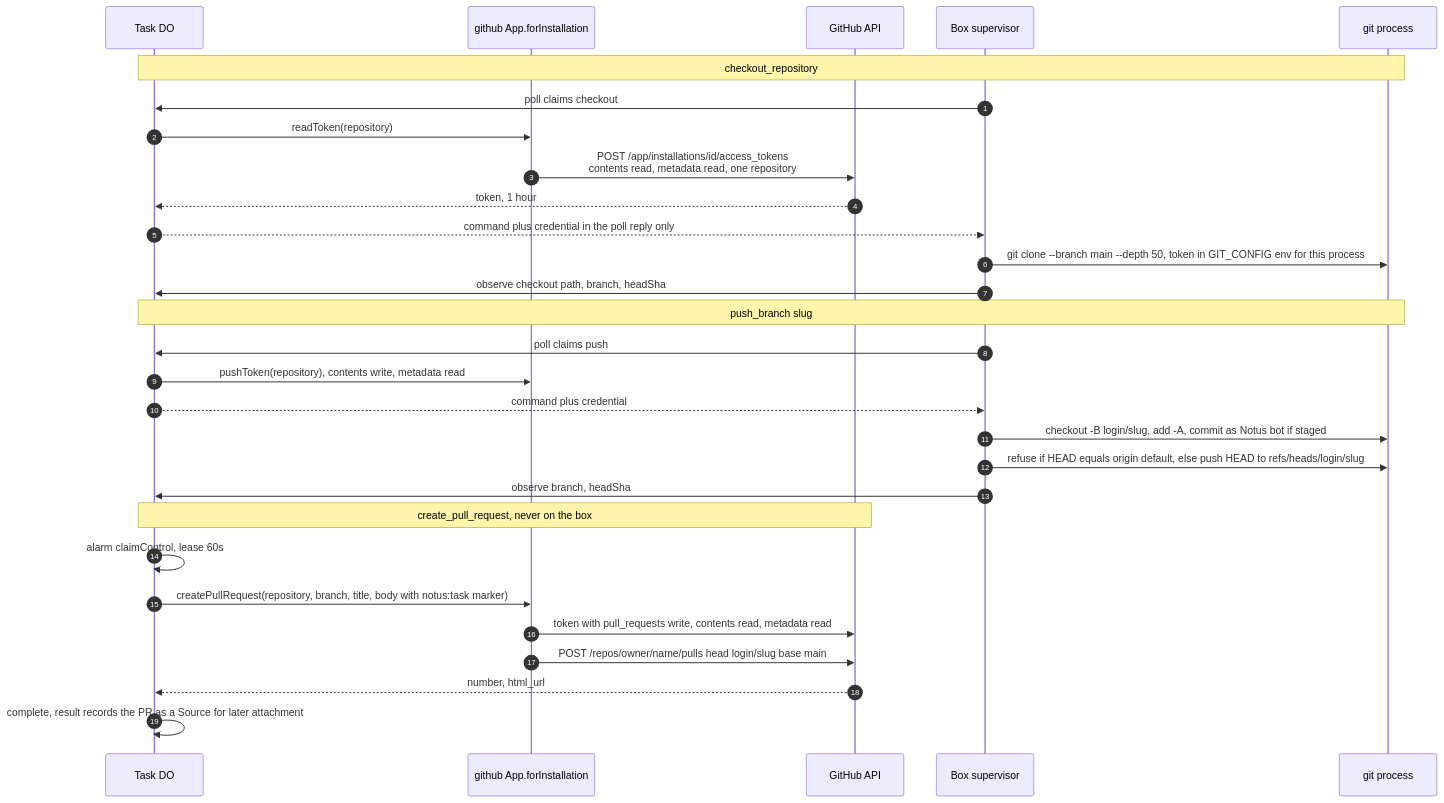
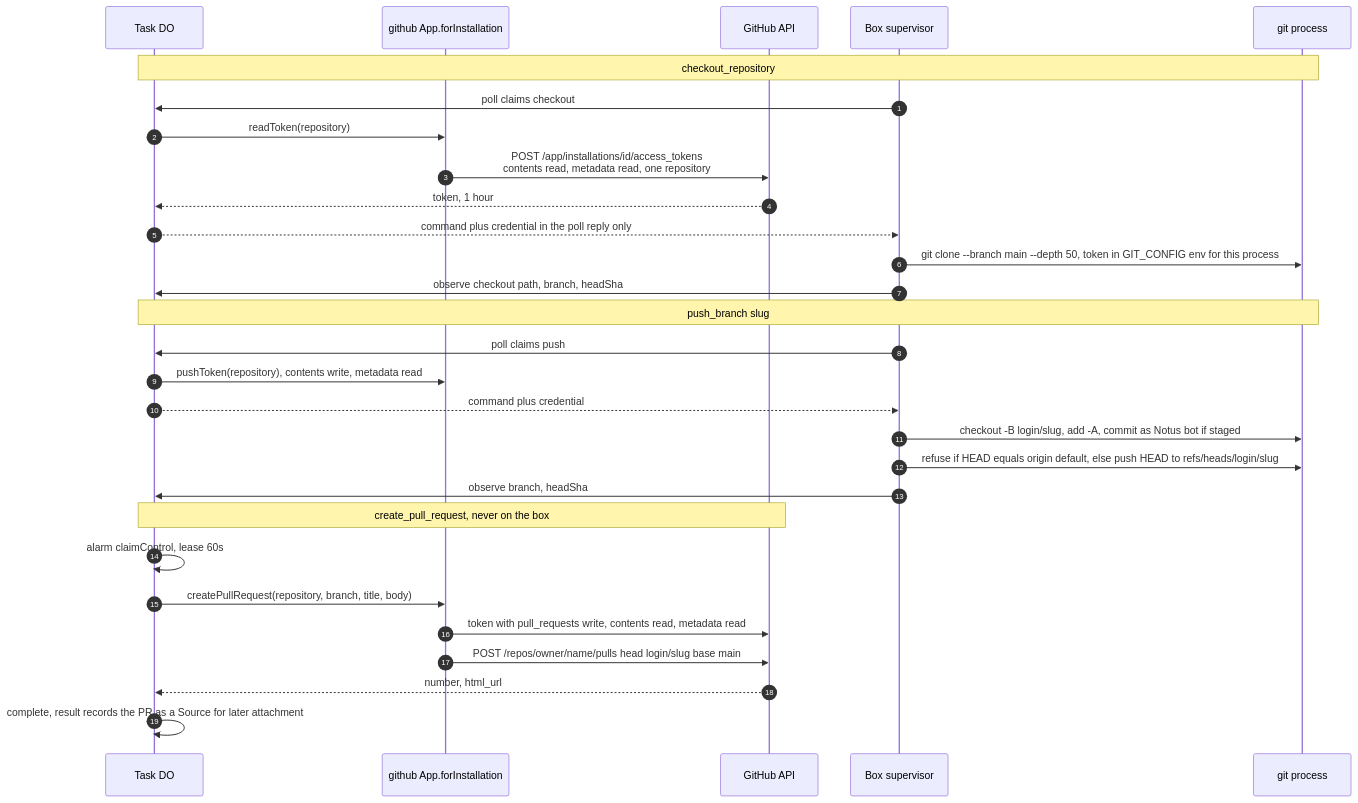
Before and after one commit to utopyin/notus: diagram 18 of 24 in docs/architecture/system.md, drawn with Mermaid. The commit also changed other lines of this file and 10 other files, not shown here.

First line of the commit message:
refactor(routing): a pull request is routed when the task opens or checks it out; no marker

````diff
--- a/docs/architecture/system.md
+++ b/docs/architecture/system.md
@@ -760,34 +760,34 @@
 ```mermaid
 sequenceDiagram
   autonumber
   participant T as Task DO
   participant App as github App.forInstallation
   participant G as GitHub API
   participant B as Box supervisor
   participant Git as git process
 
   Note over T,Git: checkout_repository
   B->>T: poll claims checkout
   T->>App: readToken(repository)
   App->>G: POST /app/installations/id/access_tokens<br/>contents read, metadata read, one repository
   G-->>T: token, 1 hour
   T-->>B: command plus credential in the poll reply only
   B->>Git: git clone --branch main --depth 50, token in GIT_CONFIG env for this process
   B->>T: observe checkout path, branch, headSha
 
   Note over T,Git: push_branch slug
   B->>T: poll claims push
   T->>App: pushToken(repository), contents write, metadata read
   T-->>B: command plus credential
   B->>Git: checkout -B login/slug, add -A, commit as Notus bot if staged
   B->>Git: refuse if HEAD equals origin default, else push HEAD to refs/heads/login/slug
   B->>T: observe branch, headSha
 
   Note over T,G: create_pull_request, never on the box
   T->>T: alarm claimControl, lease 60s
-  T->>App: createPullRequest(repository, branch, title, body with notus:task marker)
+  T->>App: createPullRequest(repository, branch, title, body)
   App->>G: token with pull_requests write, contents read, metadata read
   App->>G: POST /repos/owner/name/pulls head login/slug base main
   G-->>T: number, html_url
   T->>T: complete, result records the PR as a Source for later attachment
 ```
````
